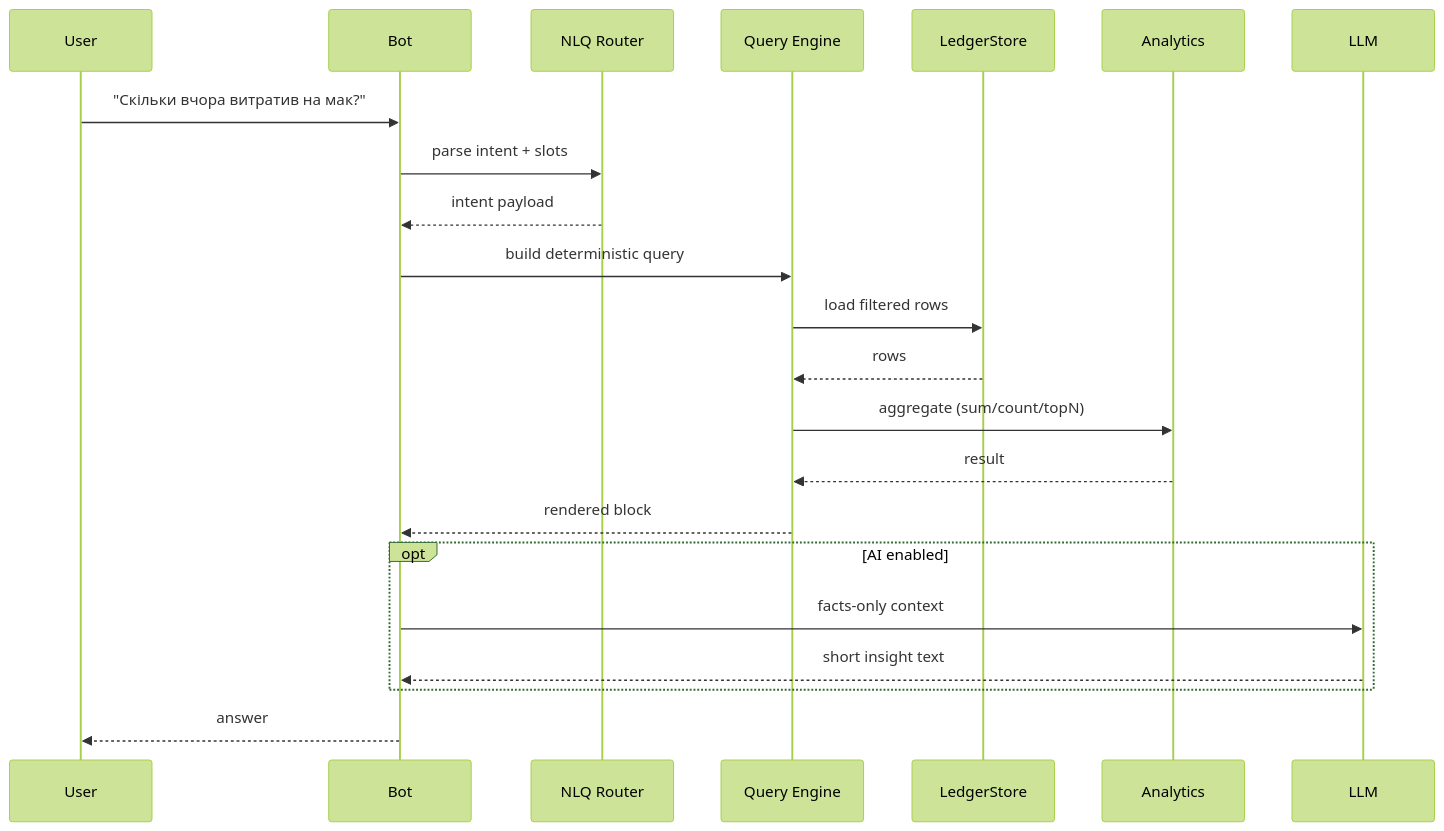
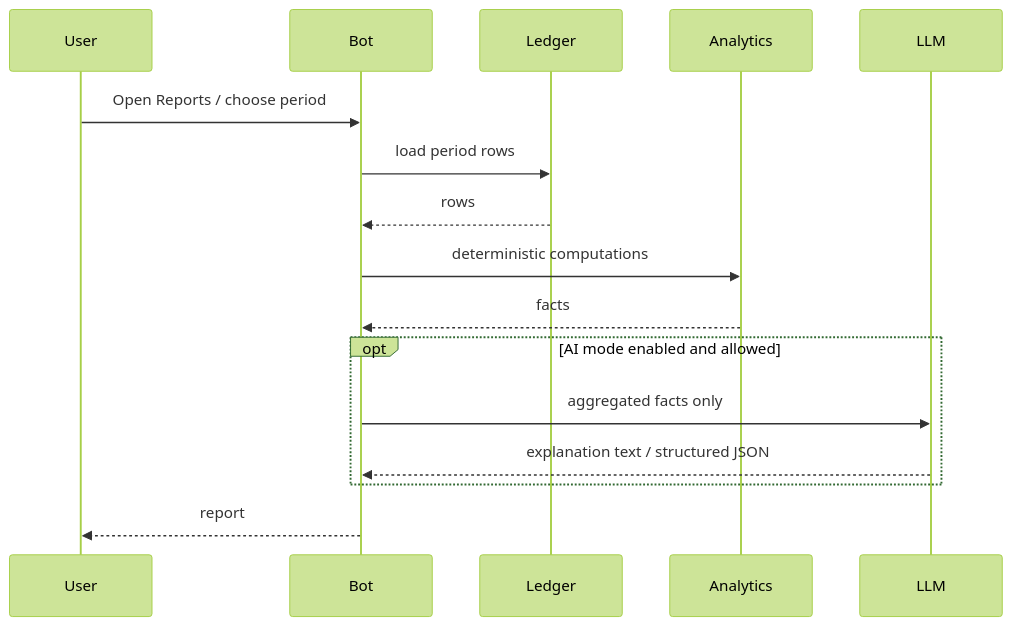
One commit to nagornyydmytro/mono-ai-budget-bot changed the third of 4 diagrams in README.md. Above: the diagram before and after it, drawn with Mermaid (forest theme). The commit also changed other lines of this file, not shown here.

````diff
--- a/README.md
+++ b/README.md
@@ -324,25 +534,19 @@
 ```mermaid
 sequenceDiagram
-participant U as User
-participant B as Bot
-participant R as NLQ Router
-participant E as Query Engine
-participant L as LedgerStore
-participant A as Analytics
-participant M as LLM
+    participant U as User
+    participant B as Bot
+    participant L as Ledger
+    participant A as Analytics
+    participant AI as LLM
 
-U->>B: "Скільки вчора витратив на мак?"
-B->>R: parse intent + slots
-R-->>B: intent payload
-B->>E: build deterministic query
-E->>L: load filtered rows
-L-->>E: rows
-E->>A: aggregate (sum/count/topN)
-A-->>E: result
-E-->>B: rendered block
-opt AI enabled
-  B->>M: facts-only context
-  M-->>B: short insight text
-end
-B-->>U: answer
+    U->>B: Open Reports / choose period
+    B->>L: load period rows
+    L-->>B: rows
+    B->>A: deterministic computations
+    A-->>B: facts
+    opt AI mode enabled and allowed
+        B->>AI: aggregated facts only
+        AI-->>B: explanation text / structured JSON
+    end
+    B-->>U: report
 ```
````
